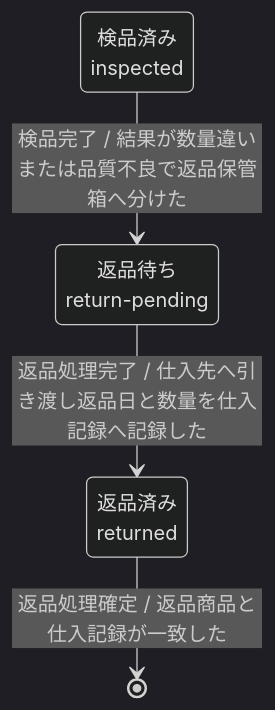
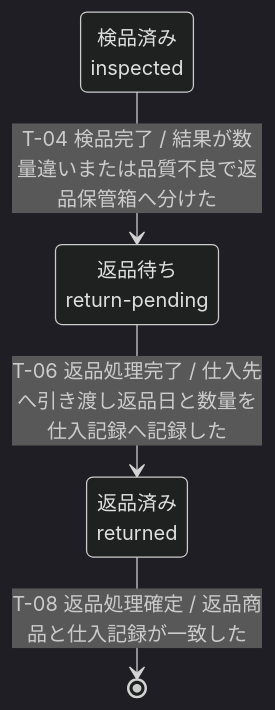
One commit to specdojo/specdojo changed the second of 2 diagrams in docs/ja/specdojo/samples/stsd-sample.md. Above: the diagram before and after it, drawn with Mermaid (dark theme). The commit also changed other lines of this file and 5 other files, not shown here.

````diff
--- a/docs/ja/specdojo/samples/stsd-sample.md
+++ b/docs/ja/specdojo/samples/stsd-sample.md
@@ -59,9 +71,9 @@
 ```mermaid
 stateDiagram-v2
   state "検品済み<br>inspected" as inspected
   state "返品待ち<br>return-pending" as return_pending
   state "返品済み<br>returned" as returned
-  inspected --> return_pending : 検品完了 / 結果が数量違いまたは品質不良で返品保管箱へ分けた
-  return_pending --> returned : 返品処理完了 / 仕入先へ引き渡し返品日と数量を仕入記録へ記録した
-  returned --> [*] : 返品処理確定 / 返品商品と仕入記録が一致した
+  inspected --> return_pending : T-04 検品完了 / 結果が数量違いまたは品質不良で返品保管箱へ分けた
+  return_pending --> returned : T-06 返品処理完了 / 仕入先へ引き渡し返品日と数量を仕入記録へ記録した
+  returned --> [*] : T-08 返品処理確定 / 返品商品と仕入記録が一致した
 ```
````
